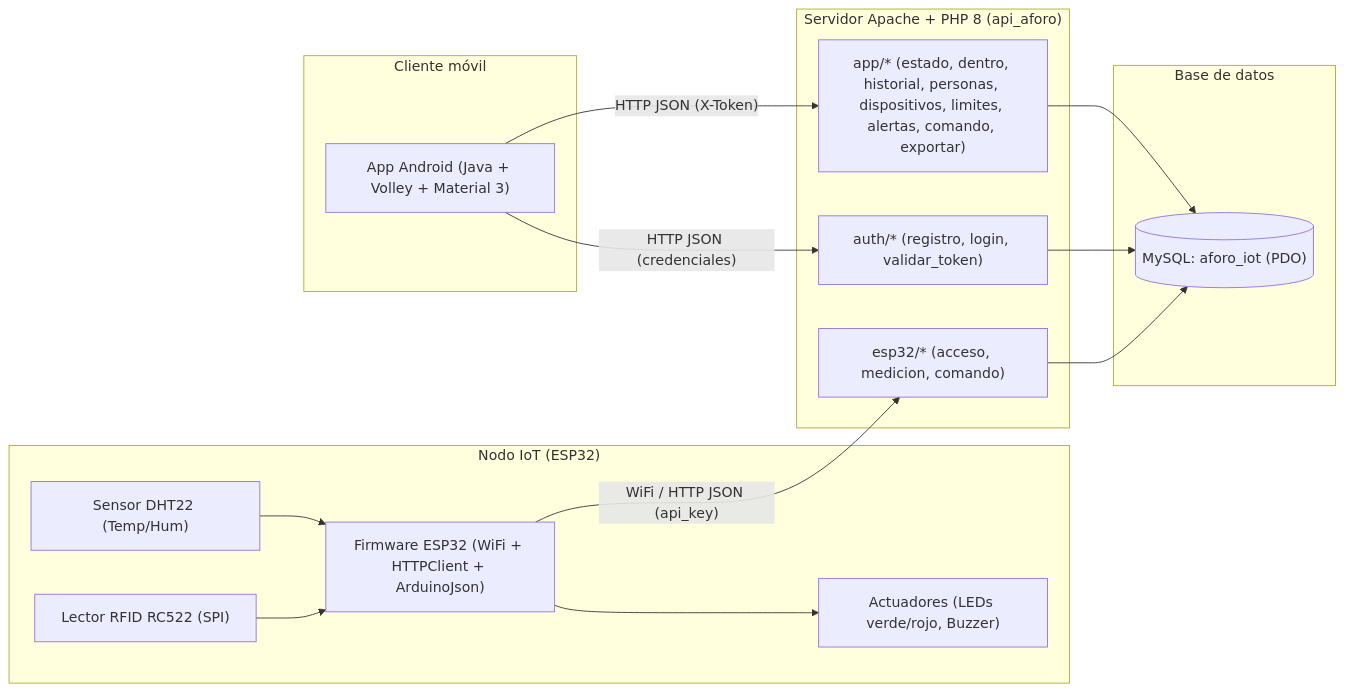
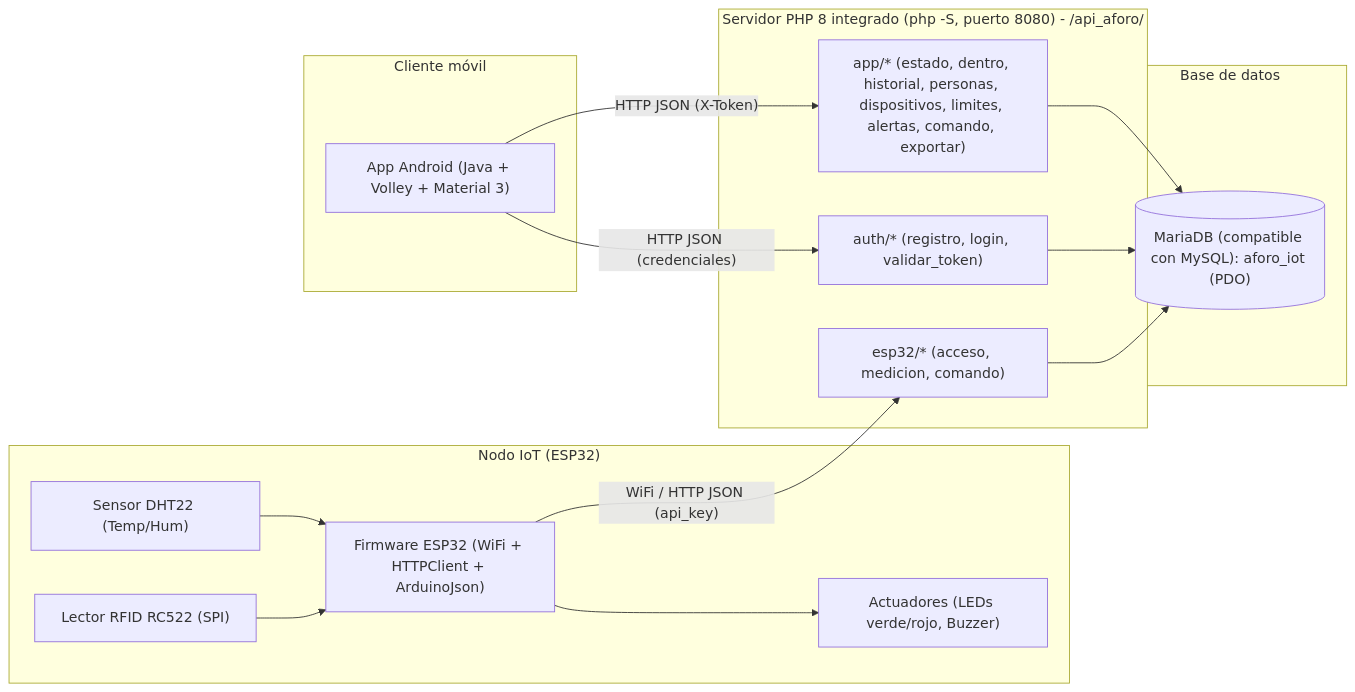
Before and after one commit to OsvaldoVar/aforo-iot: the first of 2 diagrams in docs/expediente/02-arquitectura.md, drawn with Mermaid. The commit also changed other lines of this file and 2 other files, not shown here.

Commit message:
docs: servidor PHP integrado y MariaDB en Linux

````diff
--- a/docs/expediente/02-arquitectura.md
+++ b/docs/expediente/02-arquitectura.md
@@ -32,34 +32,34 @@
 ```mermaid
 flowchart LR
     subgraph ESP["Nodo IoT (ESP32)"]
         RC522["Lector RFID RC522 (SPI)"]
         DHT["Sensor DHT22 (Temp/Hum)"]
         ACT["Actuadores (LEDs verde/rojo, Buzzer)"]
         FW["Firmware ESP32 (WiFi + HTTPClient + ArduinoJson)"]
         RC522 --> FW
         DHT --> FW
         FW --> ACT
     end
 
-    subgraph API["Servidor Apache + PHP 8 (api_aforo)"]
+    subgraph API["Servidor PHP 8 integrado (php -S, puerto 8080) - /api_aforo/"]
         EP_ESP["esp32/* (acceso, medicion, comando)"]
         EP_AUTH["auth/* (registro, login, validar_token)"]
         EP_APP["app/* (estado, dentro, historial, personas, dispositivos, limites, alertas, comando, exportar)"]
     end
 
     subgraph DB["Base de datos"]
-        MYSQL[("MySQL: aforo_iot (PDO)")]
+        MARIADB[("MariaDB (compatible con MySQL): aforo_iot (PDO)")]
     end
 
     subgraph MOBILE["Cliente móvil"]
         ANDROID["App Android (Java + Volley + Material 3)"]
     end
 
     FW -->|"WiFi / HTTP JSON (api_key)"| EP_ESP
     ANDROID -->|"HTTP JSON (credenciales)"| EP_AUTH
     ANDROID -->|"HTTP JSON (X-Token)"| EP_APP
 
-    EP_ESP --> MYSQL
-    EP_AUTH --> MYSQL
-    EP_APP --> MYSQL
+    EP_ESP --> MARIADB
+    EP_AUTH --> MARIADB
+    EP_APP --> MARIADB
 ```
````
